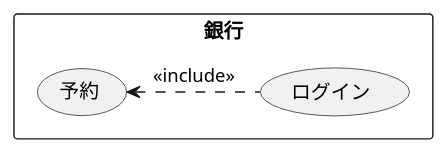
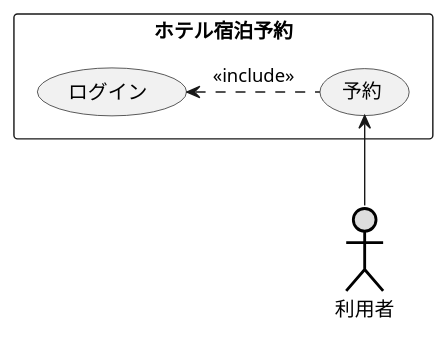
One commit to fevertodori/uml-introduction changed the diagram in 演習2-3_ホテル宿泊予約.pu. Above: the diagram before and after it, drawn with PlantUML. The commit also changed 1 other file, not shown here.

```diff
--- a/演習2-3_ホテル宿泊予約.pu
+++ b/演習2-3_ホテル宿泊予約.pu
@@ -1,7 +1,9 @@
 @startuml ユースケース図
-rectangle 銀行 {
+actor 利用者 #DDDDDD;line:black;line.bold;
+rectangle ホテル宿泊予約 {
 usecase 予約
 usecase ログイン
 }
-予約 <. ログイン : << include >>
+ログイン <. 予約 : << include >>
+予約<--利用者
 @enduml
```
